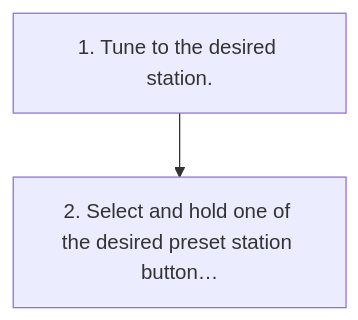
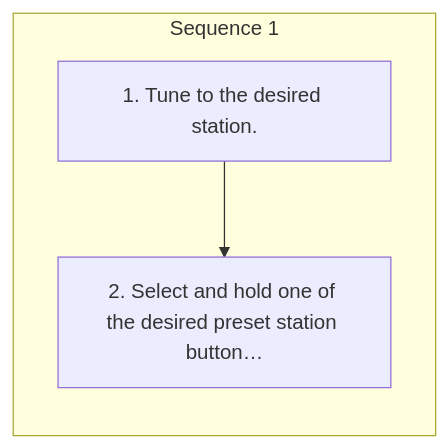
Before and after one commit to Chieko-Y/my-spec-generator: the diagram in workspace/subaru/outback-2026/ivi/published/audio/4-registering-a-station-as-a-preset.md, drawn with Mermaid. The commit also changed other lines of this file and 268 other files, not shown here.

````diff
--- a/workspace/subaru/outback-2026/ivi/published/audio/4-registering-a-station-as-a-preset.md
+++ b/workspace/subaru/outback-2026/ivi/published/audio/4-registering-a-station-as-a-preset.md
@@ -9,6 +9,9 @@
 ```mermaid
 flowchart TD
-    S1["1. Tune to the desired station."]
-    S2["2. Select and hold one of the desired preset station button…"]
-    S1 --> S2
+    subgraph SEQ1["Sequence 1"]
+    direction TB
+    S1_1["1. Tune to the desired station."]
+    S1_2["2. Select and hold one of the desired preset station button…"]
+    S1_1 --> S1_2
+    end
 ```
````
